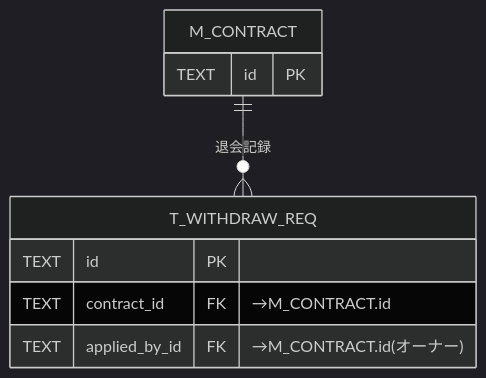
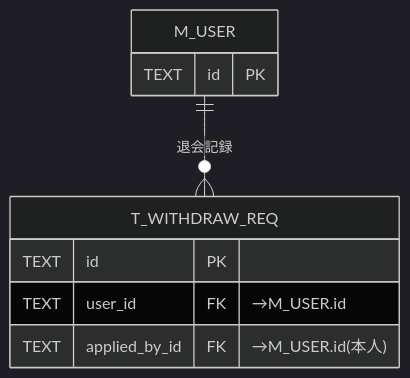
Before and after one commit to sikakou54/open-faq: diagram 11 of 12 in 02_basic_design/02_backend/04_database/index.md, drawn with Mermaid (dark theme). The commit also changed other lines of this file and 294 other files, not shown here.

````diff
--- a/02_basic_design/02_backend/04_database/index.md
+++ b/02_basic_design/02_backend/04_database/index.md
@@ -293,8 +296,8 @@
 ```mermaid
 erDiagram
-  M_CONTRACT { TEXT id PK }
+  M_USER { TEXT id PK }
   T_WITHDRAW_REQ { TEXT id PK
-    TEXT contract_id FK "→M_CONTRACT.id"
-    TEXT applied_by_id FK "→M_CONTRACT.id(オーナー)" }
-  M_CONTRACT ||--o{ T_WITHDRAW_REQ : "退会記録"
+    TEXT user_id FK "→M_USER.id"
+    TEXT applied_by_id FK "→M_USER.id(本人)" }
+  M_USER ||--o{ T_WITHDRAW_REQ : "退会記録"
 ```
````
